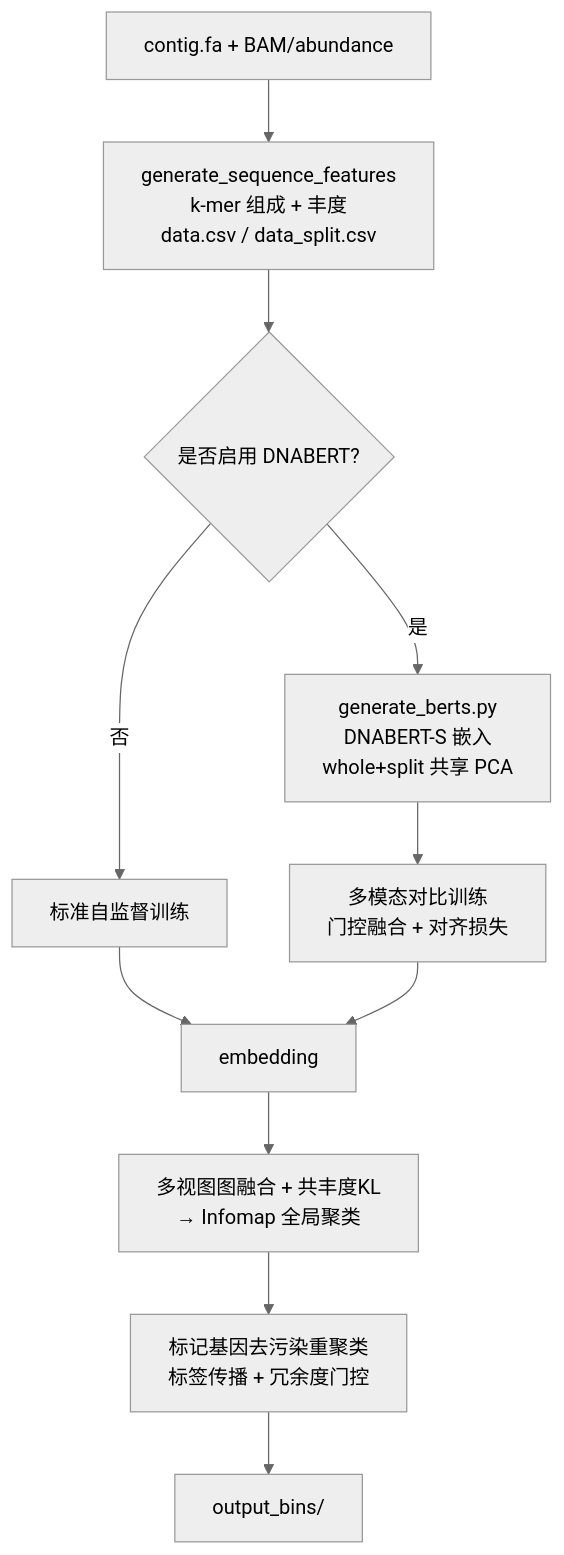
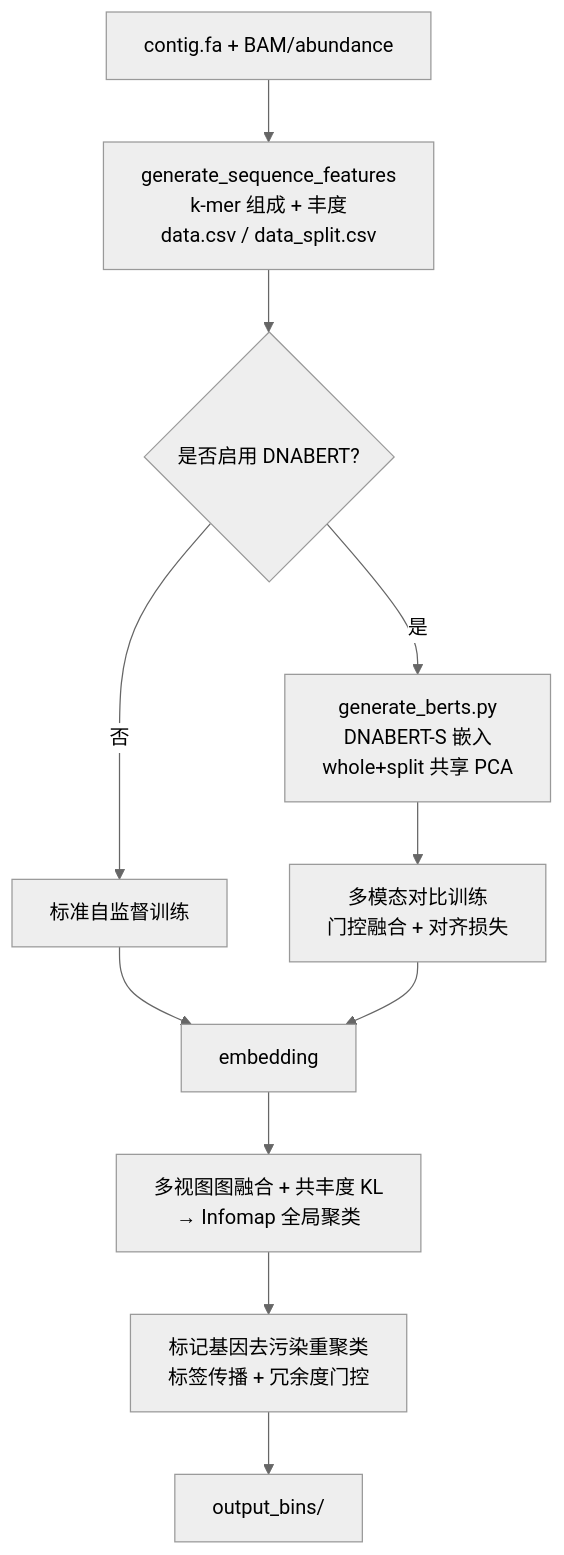
Before and after one commit to dengdengf/test_bin: the diagram in README.md, drawn with Mermaid (neutral theme). The commit also changed other lines of this file and 16 other files, not shown here.

````diff
--- a/README.md
+++ b/README.md
@@ -38,13 +32,13 @@
 ```mermaid
 flowchart TD
     A[contig.fa + BAM/abundance] --> B[generate_sequence_features<br/>k-mer 组成 + 丰度<br/>data.csv / data_split.csv]
     B --> C{是否启用 DNABERT?}
     C -- 是 --> D[generate_berts.py<br/>DNABERT-S 嵌入<br/>whole+split 共享 PCA]
     C -- 否 --> E[标准自监督训练]
     D --> F[多模态对比训练<br/>门控融合 + 对齐损失]
     E --> G[embedding]
     F --> G
-    G --> H[多视图图融合 + 共丰度KL<br/>→ Infomap 全局聚类]
+    G --> H[多视图图融合 + 共丰度 KL<br/>→ Infomap 全局聚类]
     H --> I[标记基因去污染重聚类<br/>标签传播 + 冗余度门控]
     I --> J[output_bins/]
 ```
````
